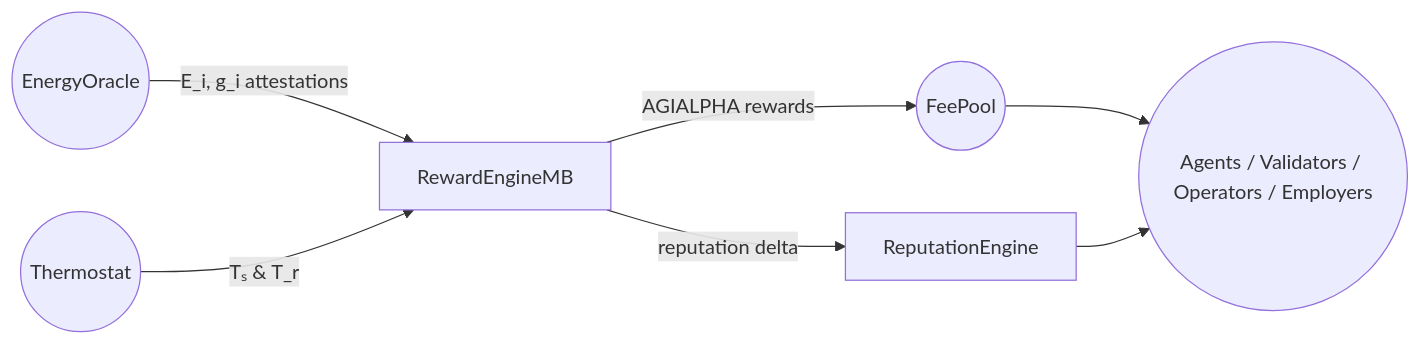
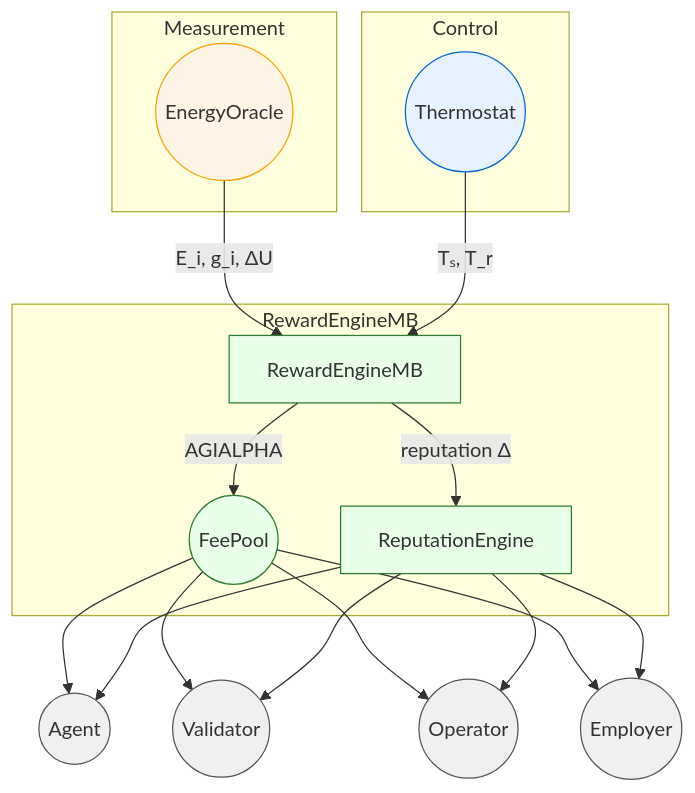
The first of 2 diagrams in docs/universal-platform-incentive-architecture.md (MontrealAI/AGIJobsv0), drawn with Mermaid before and after one commit. The commit also changed other lines of this file and 1 other file, not shown here.

Commit message:
docs: expand thermodynamic incentive diagrams

````diff
--- a/docs/universal-platform-incentive-architecture.md
+++ b/docs/universal-platform-incentive-architecture.md
@@ -32,9 +32,37 @@
 ```mermaid
-graph LR
-    Oracle((EnergyOracle)) -- "E_i, g_i attestations" --> Engine[RewardEngineMB]
-    Thermostat((Thermostat)) -- "Tₛ & T_r" --> Engine
-    Engine -- "AGIALPHA rewards" --> FeePool((FeePool))
-    Engine -- "reputation delta" --> Reputation[ReputationEngine]
-    FeePool --> Roles((Agents / Validators / Operators / Employers))
-    Reputation --> Roles
+graph TD
+    subgraph Measurement
+        Oracle((EnergyOracle))
+    end
+    subgraph Control
+        Thermostat((Thermostat))
+    end
+    subgraph Settlement[RewardEngineMB]
+        Engine[RewardEngineMB]
+        FeePool((FeePool))
+        Reputation[ReputationEngine]
+    end
+
+    Oracle -- "E_i, g_i, ΔU" --> Engine
+    Thermostat -- "Tₛ, T_r" --> Engine
+    Engine -- "AGIALPHA" --> FeePool
+    Engine -- "reputation Δ" --> Reputation
+    FeePool --> Agent((Agent))
+    FeePool --> Validator((Validator))
+    FeePool --> Operator((Operator))
+    FeePool --> Employer((Employer))
+    Reputation --> Agent
+    Reputation --> Validator
+    Reputation --> Operator
+    Reputation --> Employer
+
+    classDef oracle fill:#fff5e6,stroke:#ffa200,stroke-width:1px;
+    classDef control fill:#e6f2ff,stroke:#0366d6,stroke-width:1px;
+    classDef engine fill:#e8ffe8,stroke:#2e7d32,stroke-width:1px;
+    classDef role fill:#f0f0f0,stroke:#555,stroke-width:1px;
+
+    class Oracle oracle;
+    class Thermostat control;
+    class Engine,FeePool,Reputation engine;
+    class Agent,Validator,Operator,Employer role;
 ```
````
